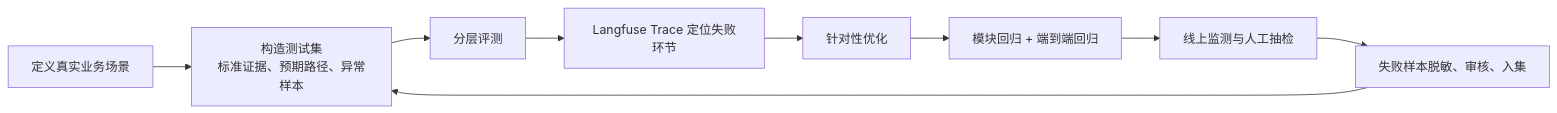
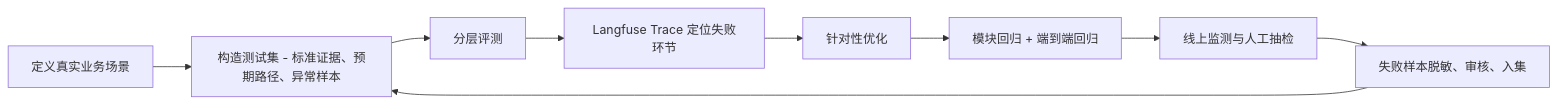
One commit to yan-yang-yang/ai-knowledge-base changed the diagram in agent/rag/evaluation/index.md. Above: the diagram before and after it, drawn with Mermaid.

Commit message:
fix: simplify evaluation diagram labels for pages build

````diff
--- a/agent/rag/evaluation/index.md
+++ b/agent/rag/evaluation/index.md
@@ -22,11 +22,11 @@
 ```mermaid
 flowchart LR
-    A[定义真实业务场景] --> B[构造测试集<br/>标准证据、预期路径、异常样本]
+    A[定义真实业务场景] --> B[构造测试集 - 标准证据、预期路径、异常样本]
     B --> C[分层评测]
     C --> D[Langfuse Trace 定位失败环节]
     D --> E[针对性优化]
     E --> F[模块回归 + 端到端回归]
     F --> G[线上监测与人工抽检]
     G --> H[失败样本脱敏、审核、入集]
     H --> B
 ```
````
